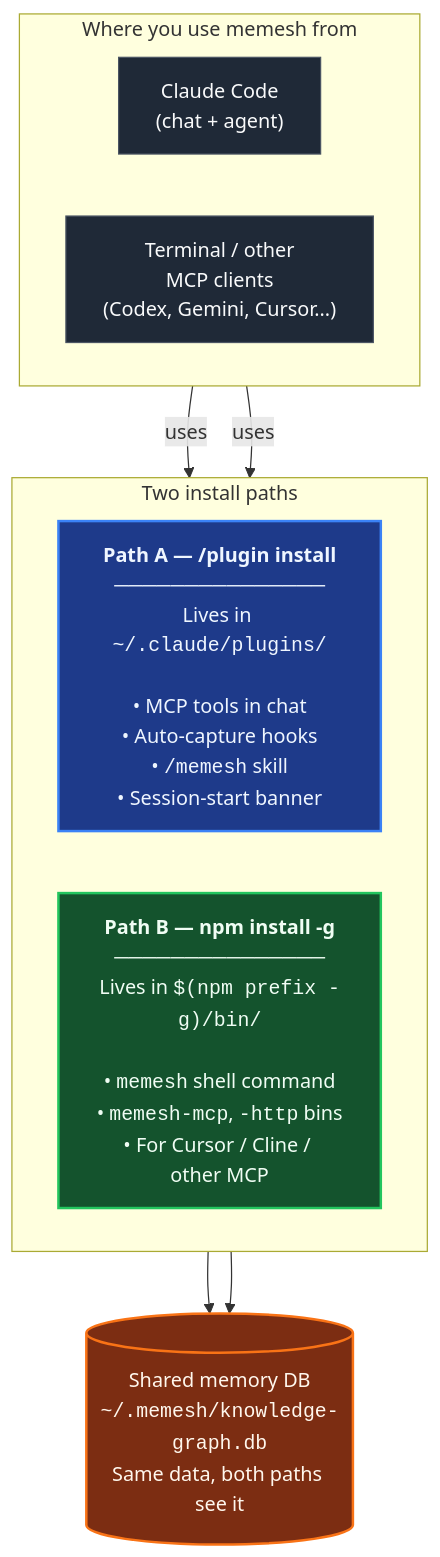
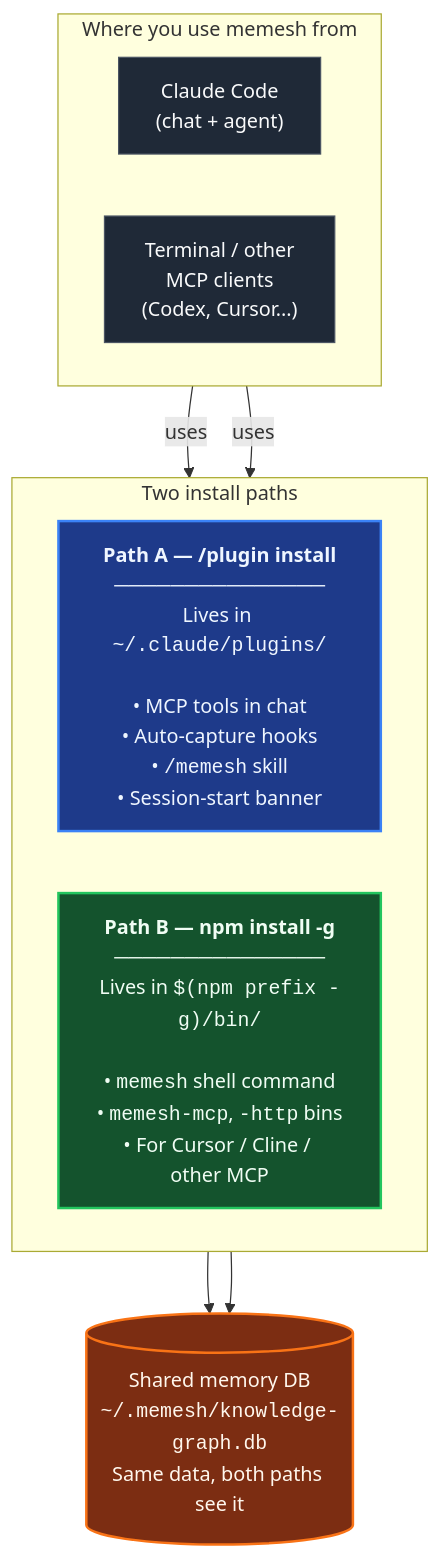
One commit to PCIRCLE-AI/claude-code-buddy changed the diagram in README.de.md. Above: the diagram before and after it, drawn with Mermaid. The commit also changed other lines of this file and 52 other files, not shown here.

````diff
--- a/README.de.md
+++ b/README.de.md
@@ -91,26 +94,26 @@
 ```mermaid
 flowchart TB
     classDef client fill:#1f2937,stroke:#4b5563,color:#f9fafb,stroke-width:1px
     classDef pathA  fill:#1e3a8a,stroke:#3b82f6,color:#eff6ff,stroke-width:2px
     classDef pathB  fill:#14532d,stroke:#22c55e,color:#f0fdf4,stroke-width:2px
     classDef db     fill:#7c2d12,stroke:#f97316,color:#fff7ed,stroke-width:2px
 
     subgraph clients["Where you use memesh from"]
       direction LR
       CC["Claude Code<br/>(chat + agent)"]:::client
-      TERM["Terminal / other<br/>MCP clients<br/>(Codex, Gemini, Cursor...)"]:::client
+      TERM["Terminal / other<br/>MCP clients<br/>(Codex, Cursor...)"]:::client
     end
 
     subgraph paths["Two install paths"]
       direction LR
       A["<b>Path A — /plugin install</b><br/>───────────────<br/>Lives in <code>~/.claude/plugins/</code><br/><br/>• MCP tools in chat<br/>• Auto-capture hooks<br/>• <code>/memesh</code> skill<br/>• Session-start banner"]:::pathA
       B["<b>Path B — npm install -g</b><br/>───────────────<br/>Lives in <code>$(npm prefix -g)/bin/</code><br/><br/>• <code>memesh</code> shell command<br/>• <code>memesh-mcp</code>, <code>-http</code> bins<br/>• For Cursor / Cline / other MCP"]:::pathB
     end
 
     DB[("Shared memory DB<br/><code>~/.memesh/knowledge-graph.db</code><br/>Same data, both paths see it")]:::db
 
     CC -->|uses| A
     TERM -->|uses| B
     A --> DB
     B --> DB
 ```
````
